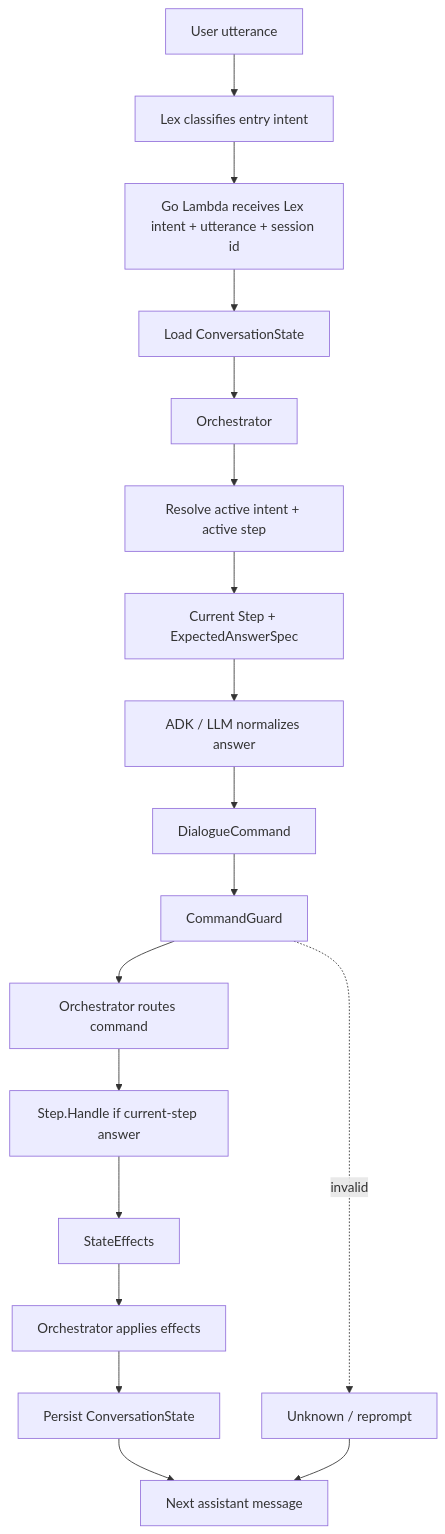
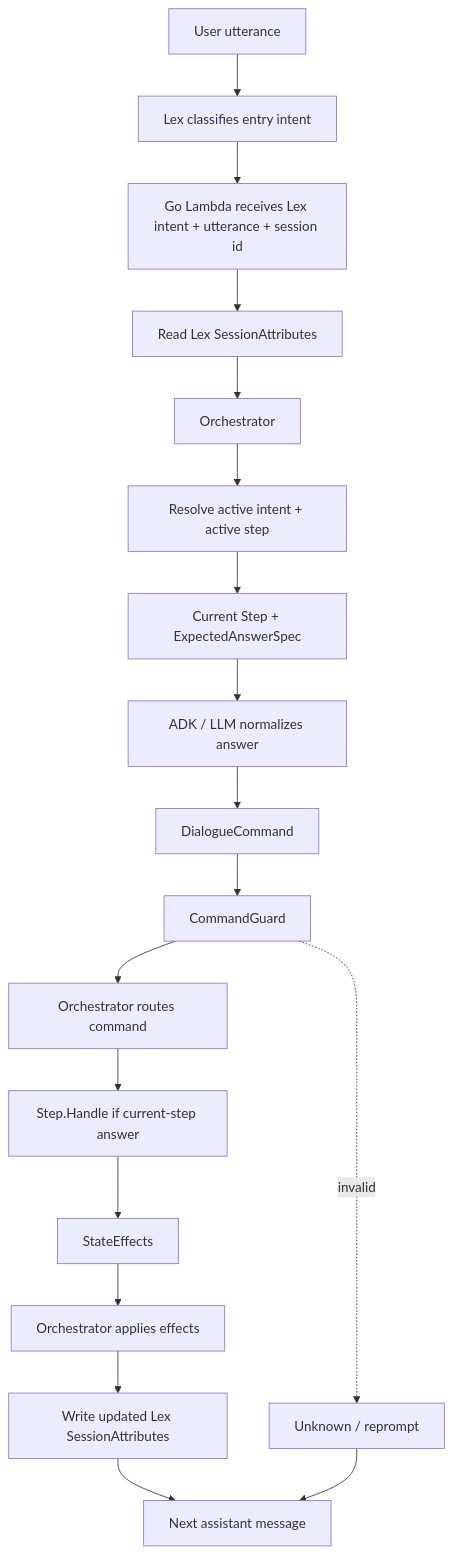
One commit to fghjkl007/adk-go-company-model-integration changed the first of 8 diagrams in docs/superpowers/specs/2026-06-07-intent-step-orchestration-confluence.md. Above: the diagram before and after it, drawn with Mermaid. The commit also changed other lines of this file, not shown here.

Commit message:
docs: use Lex session attributes for demo state

````diff
--- a/docs/superpowers/specs/2026-06-07-intent-step-orchestration-confluence.md
+++ b/docs/superpowers/specs/2026-06-07-intent-step-orchestration-confluence.md
@@ -26,21 +27,21 @@
 ```mermaid
 flowchart TD
   User["User utterance"] --> Lex["Lex classifies entry intent"]
   Lex --> Lambda["Go Lambda receives Lex intent + utterance + session id"]
-  Lambda --> StateLoad["Load ConversationState"]
-  StateLoad --> Orchestrator["Orchestrator"]
+  Lambda --> SessionRead["Read Lex SessionAttributes"]
+  SessionRead --> Orchestrator["Orchestrator"]
   Orchestrator --> Active["Resolve active intent + active step"]
   Active --> Spec["Current Step + ExpectedAnswerSpec"]
   Spec --> LLM["ADK / LLM normalizes answer"]
   LLM --> Command["DialogueCommand"]
   Command --> Guard["CommandGuard"]
   Guard --> Route["Orchestrator routes command"]
   Route --> Step["Step.Handle if current-step answer"]
   Step --> Effects["StateEffects"]
   Effects --> Apply["Orchestrator applies effects"]
-  Apply --> Save["Persist ConversationState"]
-  Save --> Response["Next assistant message"]
+  Apply --> SessionWrite["Write updated Lex SessionAttributes"]
+  SessionWrite --> Response["Next assistant message"]
 
   Guard -. "invalid" .-> Unknown["Unknown / reprompt"]
   Unknown --> Response
 ```
````
